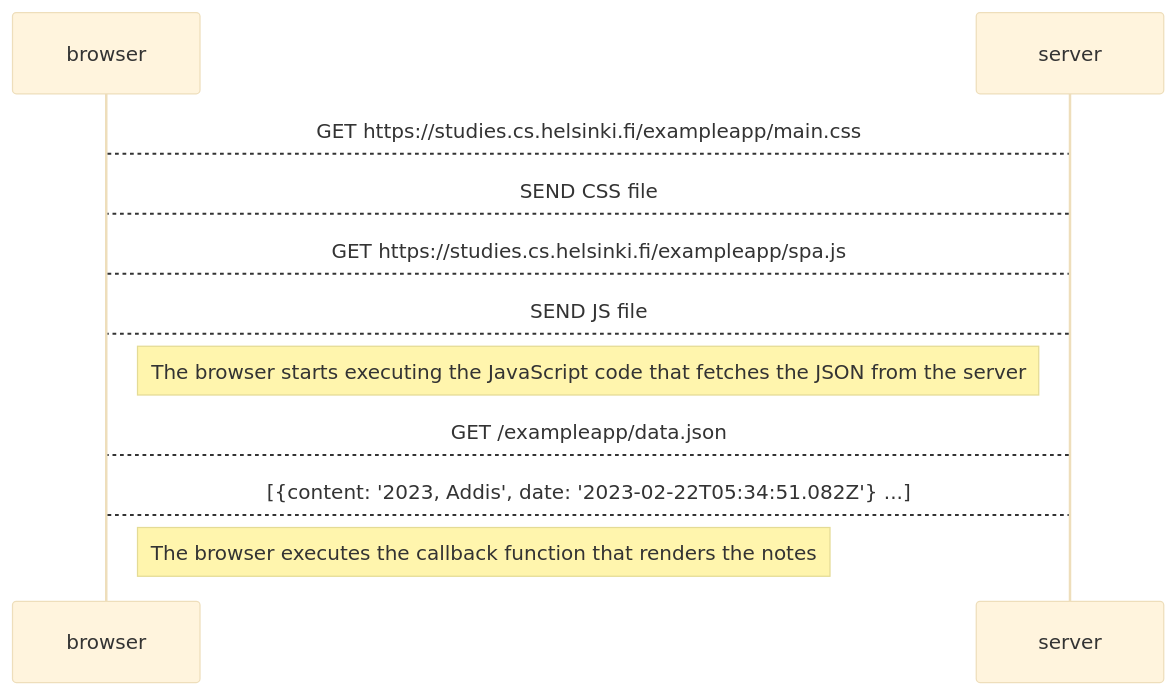
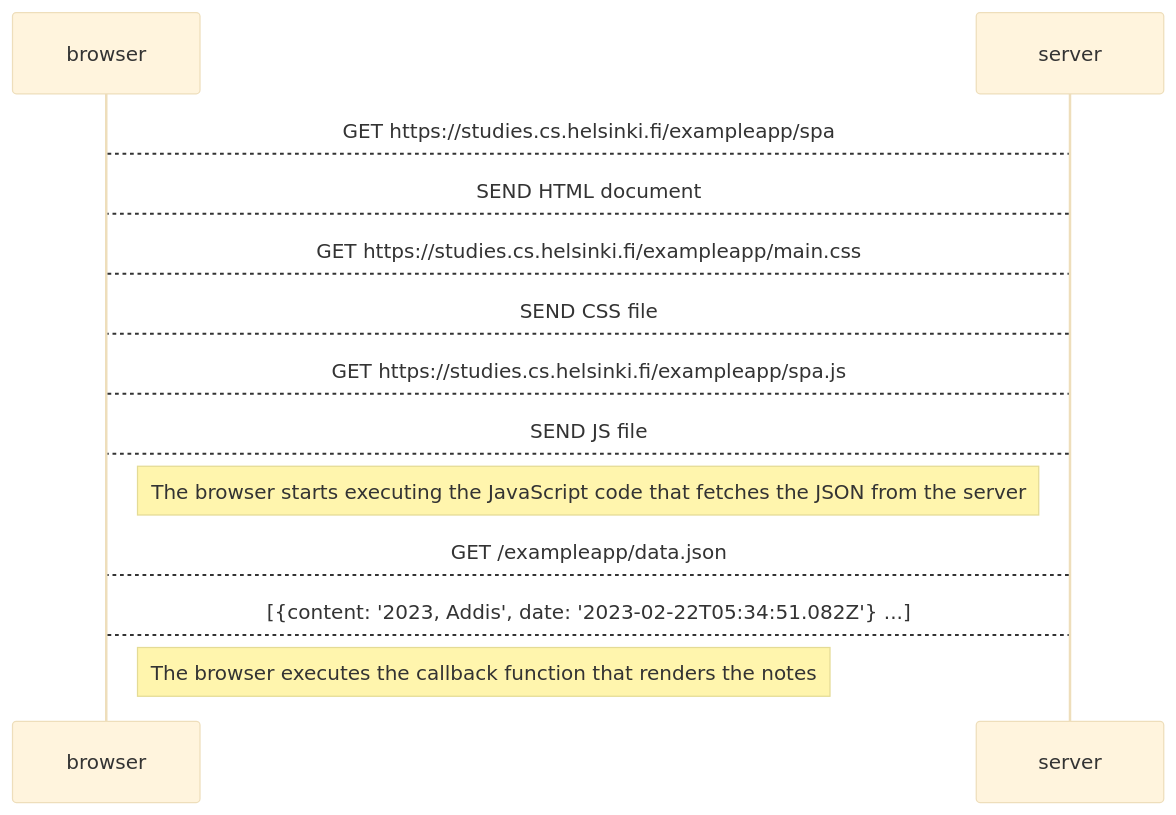
Before and after one commit to HatofulGirlfriend/fullstackopen-exercises: the diagram in part0/exercise-0-5.md, drawn with Mermaid (base theme).

````diff
--- a/part0/exercise-0-5.md
+++ b/part0/exercise-0-5.md
@@ -1,12 +1,14 @@
 ```mermaid
 sequenceDiagram
+browser-->server: GET https://studies.cs.helsinki.fi/exampleapp/spa
+server-->browser: SEND HTML document
 browser-->server: GET https://studies.cs.helsinki.fi/exampleapp/main.css
 server-->browser: SEND CSS file
 browser-->server: GET https://studies.cs.helsinki.fi/exampleapp/spa.js
 server-->browser: SEND JS file
 Note right of browser: The browser starts executing the JavaScript code that fetches the JSON from the server
 server-->browser: GET /exampleapp/data.json
 browser-->server: [{content: '2023, Addis', date: '2023-02-22T05:34:51.082Z'} ...]
 Note right of browser: The browser executes the callback function that renders the notes 
 
 ```
````
